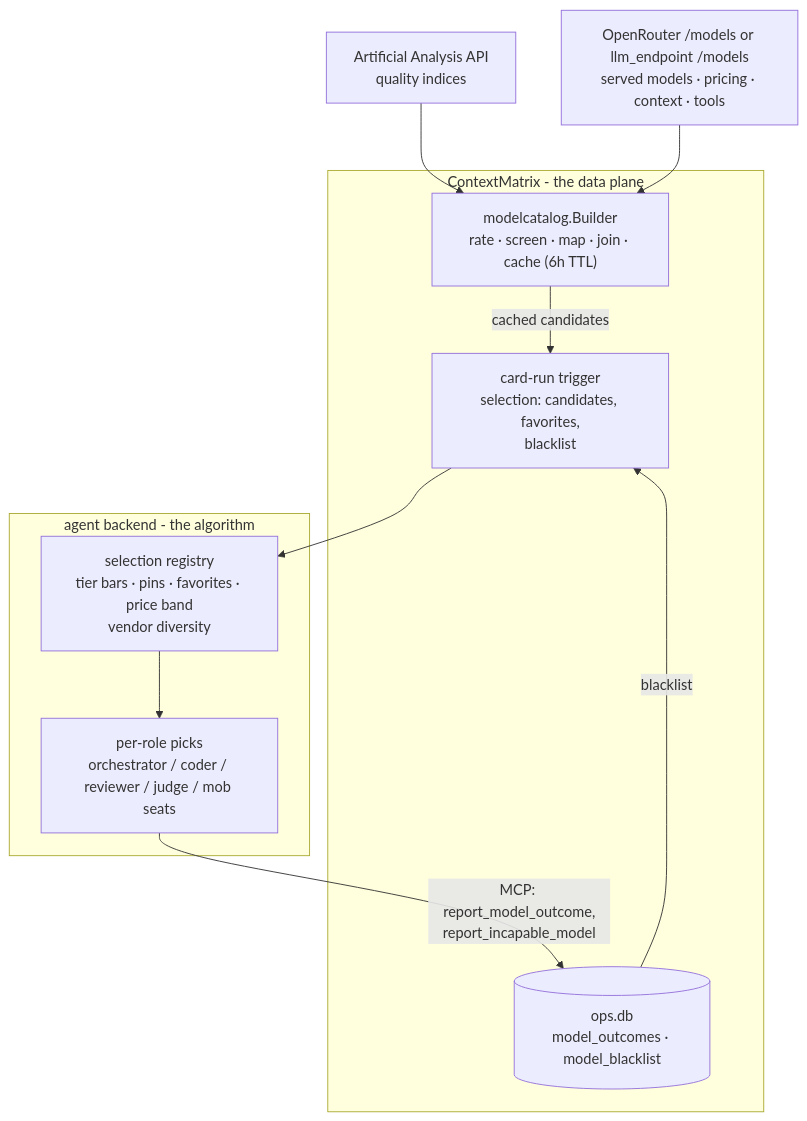
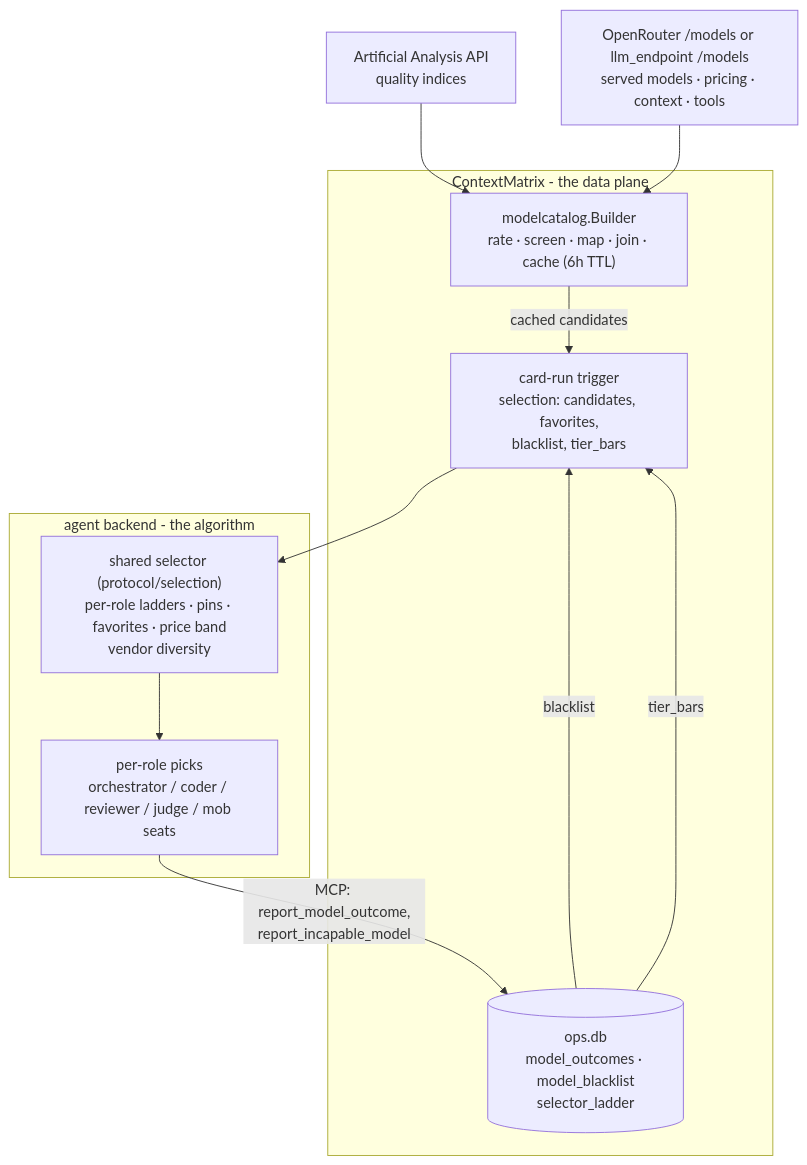
Before and after one commit to mhersson/contextmatrix: the diagram in docs/model-selection.md, drawn with Mermaid. The commit also changed other lines of this file and 4 other files, not shown here.

First line of the commit message:
docs(model-selection): document the per-role tier ladders and the selector admin API

````diff
--- a/docs/model-selection.md
+++ b/docs/model-selection.md
@@ -42,24 +42,25 @@
 ```mermaid
 flowchart TB
     aa["Artificial Analysis API<br/>quality indices"]
     served["OpenRouter /models or llm_endpoint /models<br/>served models · pricing · context · tools"]
 
     subgraph cm["ContextMatrix - the data plane"]
         builder["modelcatalog.Builder<br/>rate · screen · map · join · cache (6h TTL)"]
-        trigger["card-run trigger<br/>selection: candidates, favorites,<br/>blacklist"]
-        opsdb[("ops.db<br/>model_outcomes · model_blacklist")]
+        trigger["card-run trigger<br/>selection: candidates, favorites,<br/>blacklist, tier_bars"]
+        opsdb[("ops.db<br/>model_outcomes · model_blacklist<br/>selector_ladder")]
     end
 
     subgraph agent["agent backend - the algorithm"]
-        registry["selection registry<br/>tier bars · pins · favorites · price band<br/>vendor diversity"]
+        registry["shared selector (protocol/selection)<br/>per-role ladders · pins · favorites · price band<br/>vendor diversity"]
         picks["per-role picks<br/>orchestrator / coder / reviewer / judge / mob seats"]
     end
 
     aa --> builder
     served --> builder
     builder -->|cached candidates| trigger
     opsdb -->|blacklist| trigger
+    opsdb -->|tier_bars| trigger
     trigger --> registry
     registry --> picks
     picks -->|"MCP: report_model_outcome,<br/>report_incapable_model"| opsdb
 ```
````
